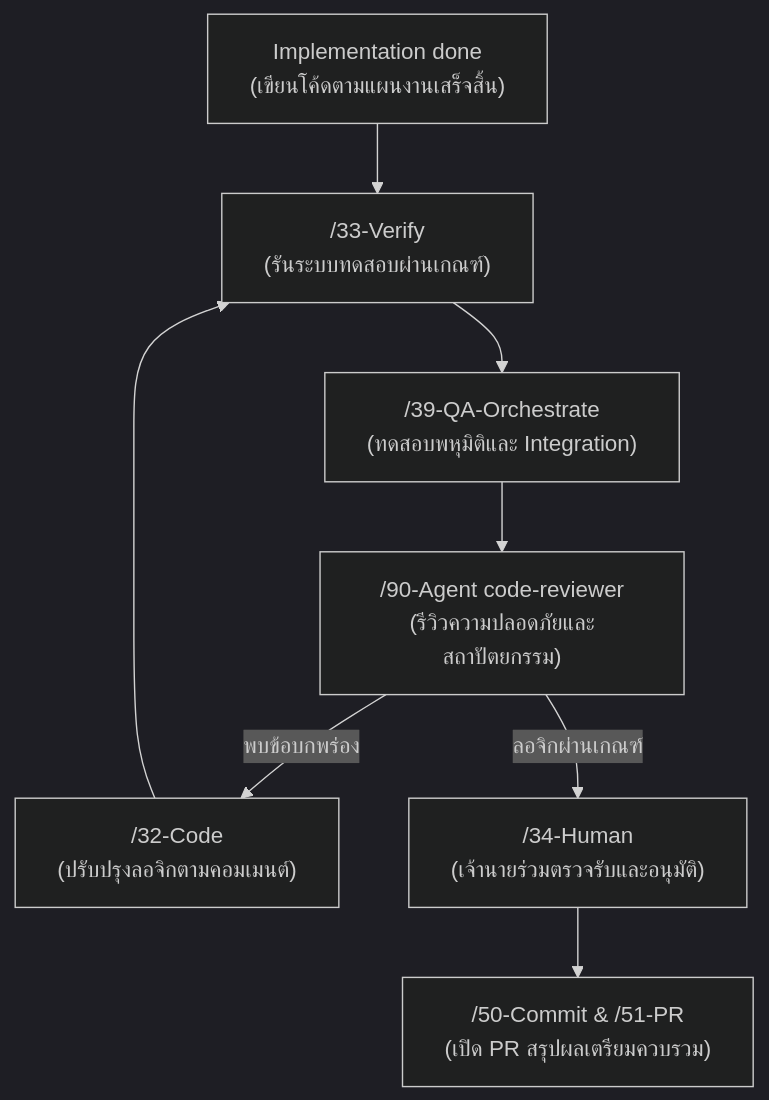
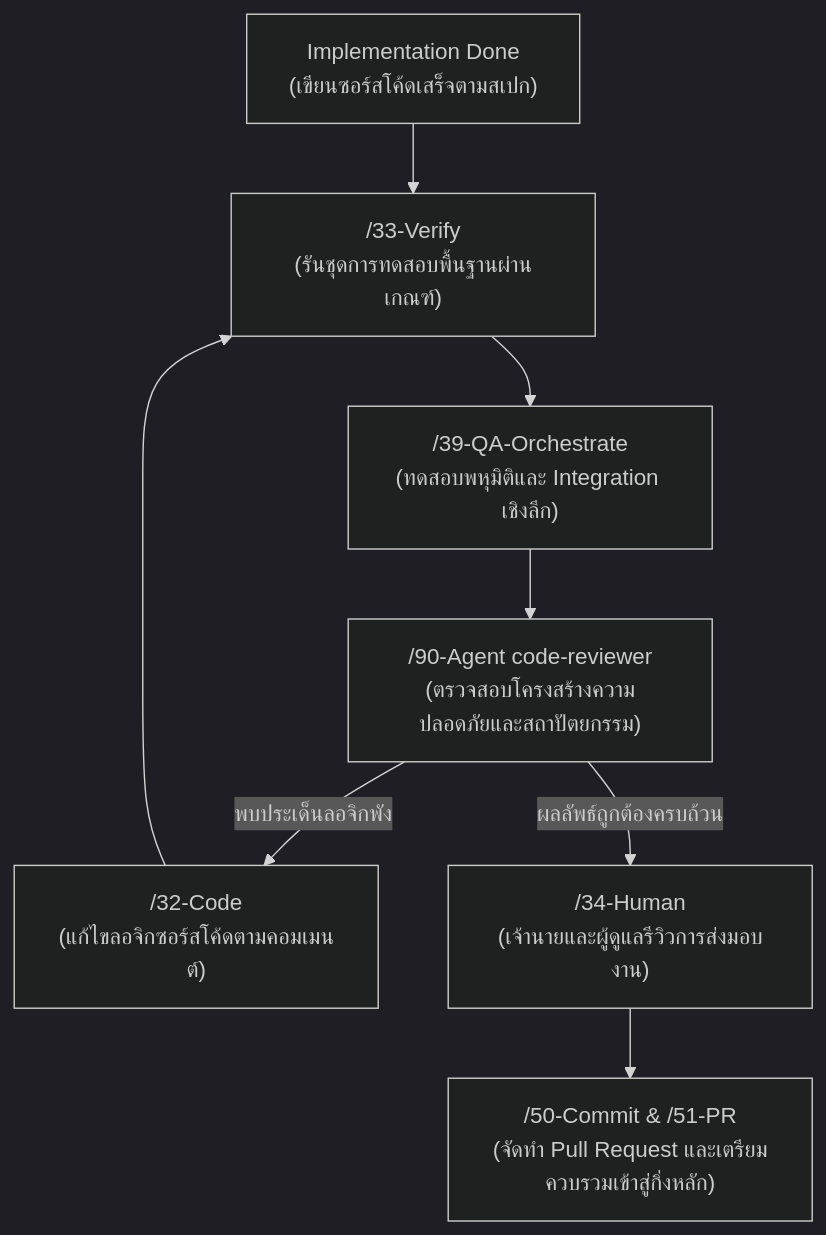
The sixth of 6 diagrams in README.md (Jakkrich/nexus-devflow), drawn with Mermaid (dark theme) before and after one commit. The commit also changed other lines of this file, not shown here.

````diff
--- a/README.md
+++ b/README.md
@@ -320,18 +320,18 @@
 ```mermaid
 flowchart TD
-    Done["Implementation done<br/>(เขียนโค้ดตามแผนงานเสร็จสิ้น)"]
-    Verify["/33-Verify<br/>(รันระบบทดสอบผ่านเกณฑ์)"]
-    QA["/39-QA-Orchestrate<br/>(ทดสอบพหุมิติและ Integration)"]
-    Review["/90-Agent code-reviewer<br/>(รีวิวความปลอดภัยและสถาปัตยกรรม)"]
-    Fix["/32-Code<br/>(ปรับปรุงลอจิกตามคอมเมนต์)"]
-    Human["/34-Human<br/>(เจ้านายร่วมตรวจรับและอนุมัติ)"]
-    Commit["/50-Commit & /51-PR<br/>(เปิด PR สรุปผลเตรียมควบรวม)"]
+    Done["Implementation Done<br/>(เขียนซอร์สโค้ดเสร็จตามสเปก)"]
+    Verify["/33-Verify<br/>(รันชุดการทดสอบพื้นฐานผ่านเกณฑ์)"]
+    QA["/39-QA-Orchestrate<br/>(ทดสอบพหุมิติและ Integration เชิงลึก)"]
+    Review["/90-Agent code-reviewer<br/>(ตรวจสอบโครงสร้างความปลอดภัยและสถาปัตยกรรม)"]
+    Fix["/32-Code<br/>(แก้ไขลอจิกซอร์สโค้ดตามคอมเมนต์)"]
+    Human["/34-Human<br/>(เจ้านายและผู้ดูแลรีวิวการส่งมอบงาน)"]
+    Commit["/50-Commit & /51-PR<br/>(จัดทำ Pull Request และเตรียมควบรวมเข้าสู่กิ่งหลัก)"]
  
     Done --> Verify
     Verify --> QA
     QA --> Review
-    Review -->|พบข้อบกพร่อง| Fix
+    Review -->|พบประเด็นลอจิกพัง| Fix
     Fix --> Verify
-    Review -->|ลอจิกผ่านเกณฑ์| Human
+    Review -->|ผลลัพธ์ถูกต้องครบถ้วน| Human
     Human --> Commit
 ```
````
